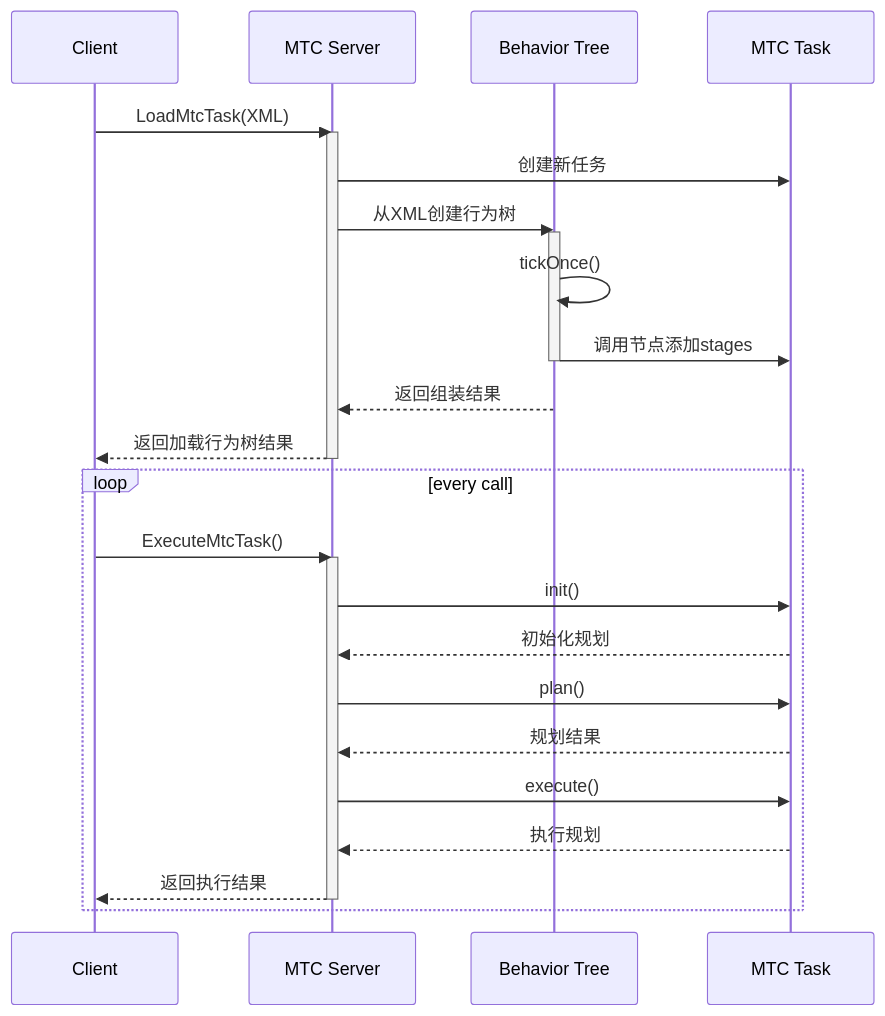
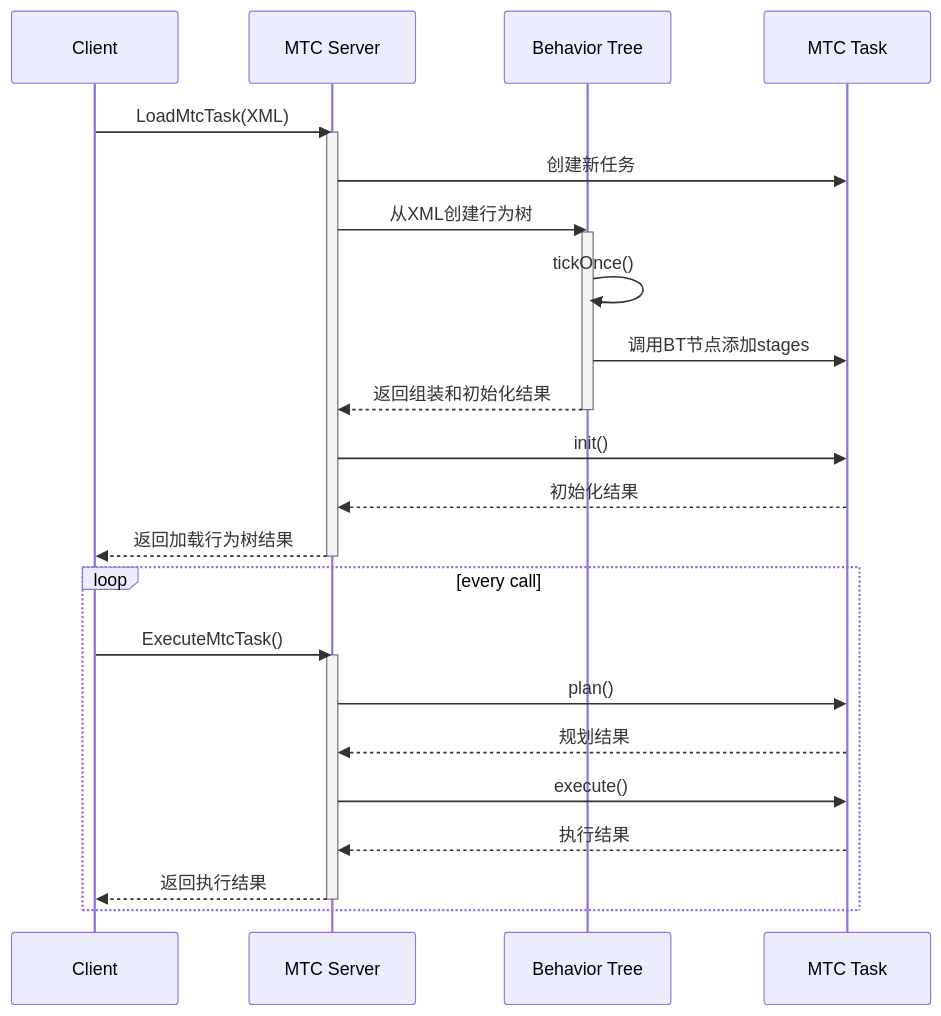
One commit to birdyhh/yoyo changed the diagram in README.md. Above: the diagram before and after it, drawn with Mermaid. The commit also changed other lines of this file and 10 other files, not shown here.

````diff
--- a/README.md
+++ b/README.md
@@ -42,33 +42,34 @@
 ```mermaid
 sequenceDiagram
     participant Client
     participant Server as MTC Server
     participant BT as Behavior Tree
     participant MTC as MTC Task
     
     Client->>Server: LoadMtcTask(XML)
     activate Server
     Server->>MTC: 创建新任务
     Server->>BT: 从XML创建行为树
     activate BT
     BT->>BT: tickOnce()
-    BT->>MTC: 调用节点添加stages
+    BT->>MTC: 调用BT节点添加stages
+    BT-->>Server: 返回组装和初始化结果
     deactivate BT
-    BT-->>Server: 返回组装结果
+    Server->>MTC: init()
+    MTC-->>Server: 初始化结果
     Server-->>Client: 返回加载行为树结果
     deactivate Server
     
     loop every call
         Client->>Server: ExecuteMtcTask()
         activate Server
-        Server->>MTC: init()
-        MTC-->>Server: 初始化规划
+
         Server->>MTC: plan()
         MTC-->>Server: 规划结果
         Server->>MTC: execute()
-        MTC-->>Server: 执行规划
+        MTC-->>Server: 执行结果
         Server-->>Client: 返回执行结果
         deactivate Server
     end
 
 ```
````
